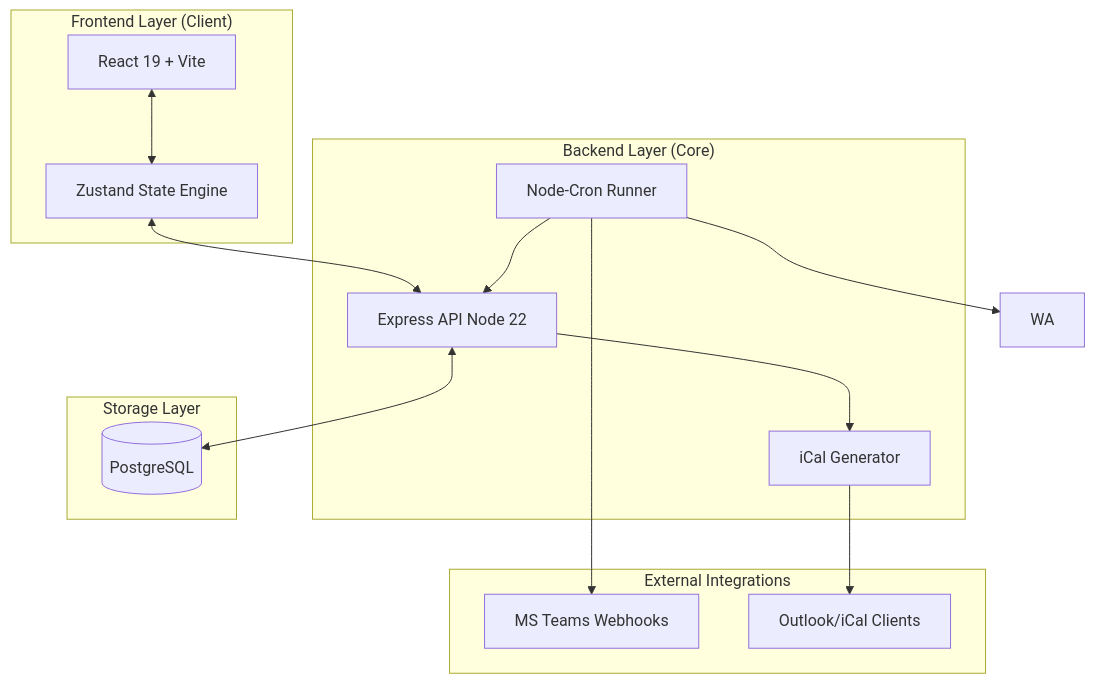
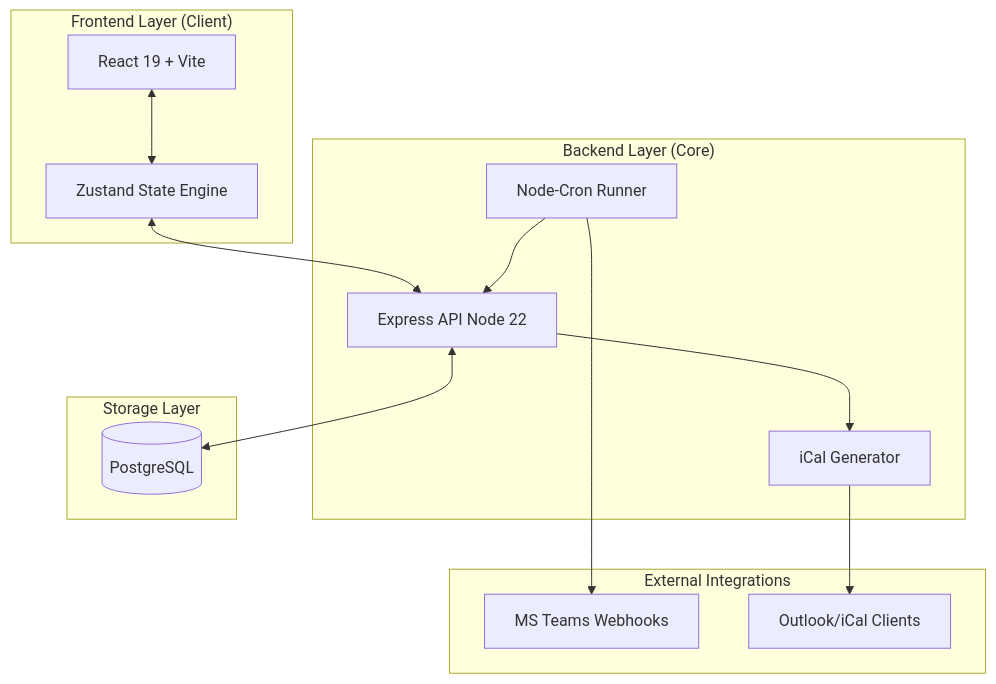
The diagram in README.md (puyi27/CALENDAR), drawn with Mermaid before and after one commit. The commit also changed other lines of this file, not shown here.

````diff
--- a/README.md
+++ b/README.md
@@ -43,32 +44,31 @@
 ```mermaid
 graph TD
     subgraph "Frontend Layer (Client)"
         UI[React 19 + Vite]
         Store[Zustand State Engine]
     end
 
     subgraph "Backend Layer (Core)"
         API[Express API Node 22]
         Cron[Node-Cron Runner]
         ICal[iCal Generator]
         
     end
 
     subgraph "Storage Layer"
         DB[(PostgreSQL)]
     end
 
     subgraph "External Integrations"
         Teams[MS Teams Webhooks]
         Outlook[Outlook/iCal Clients]
     end
 
     UI <--> Store
     Store <--> API
     API <--> DB
     Cron --> API
     Cron --> Teams
-    Cron --> WA
     API --> ICal
     ICal --> Outlook
 ```
````
